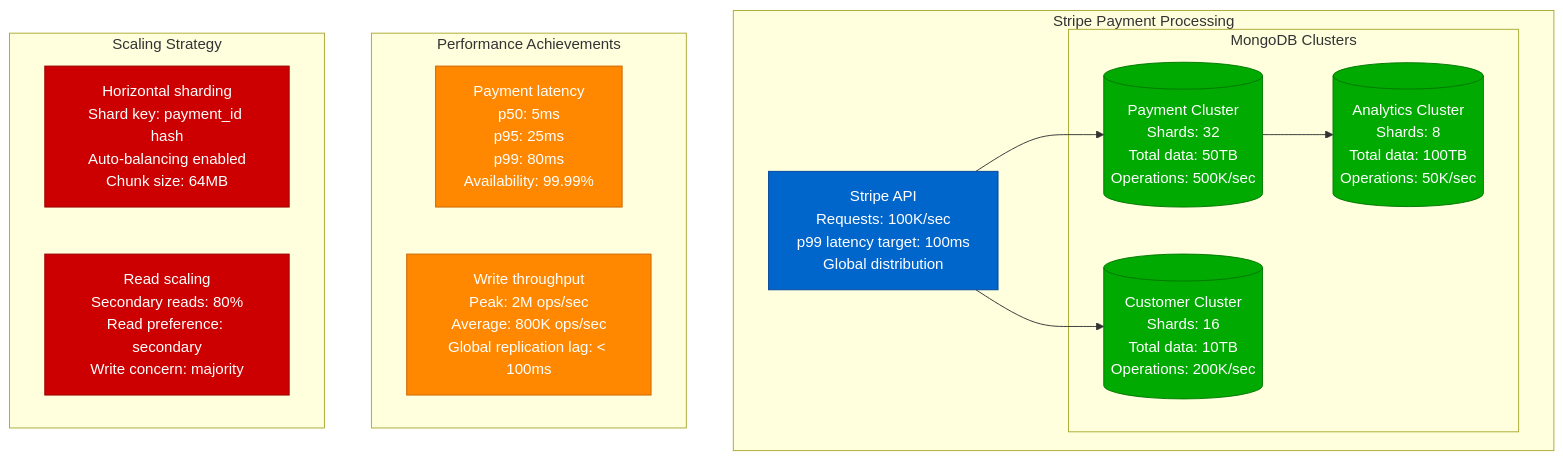
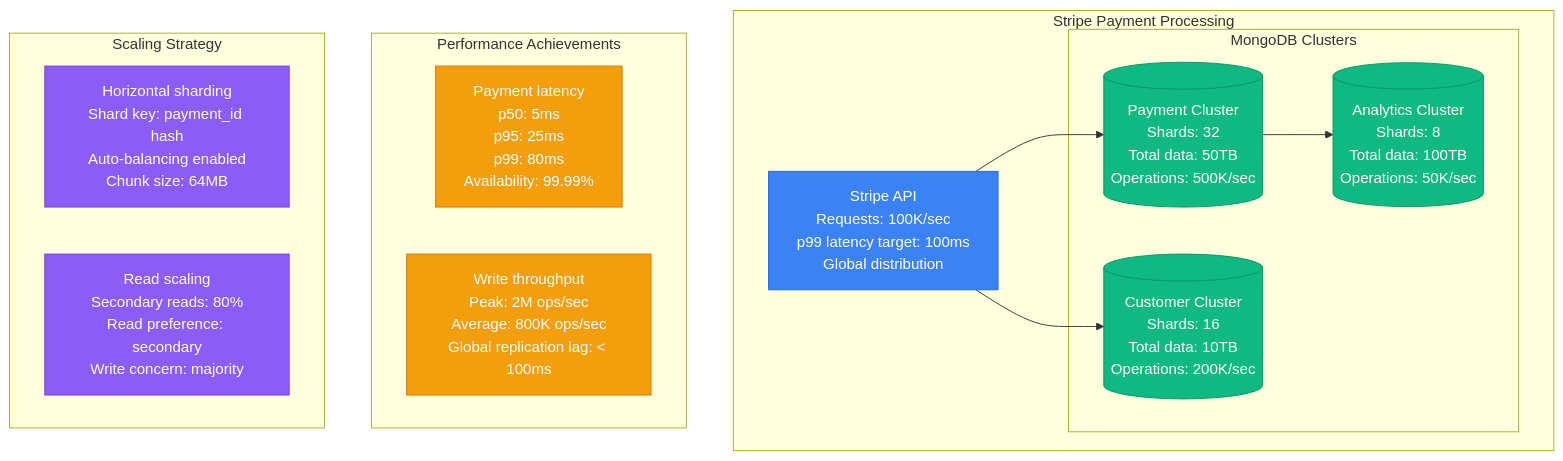
Before and after one commit to deepaucksharma/DS: the tenth of 14 diagrams in site/docs/performance/mongodb-performance-profile.md, drawn with Mermaid. The commit also changed other lines of this file and 303 other files, not shown here.

````diff
--- a/site/docs/performance/mongodb-performance-profile.md
+++ b/site/docs/performance/mongodb-performance-profile.md
@@ -356,40 +356,40 @@
 ```mermaid
 graph TB
     subgraph "Stripe Payment Processing"
         API[Stripe API<br/>Requests: 100K/sec<br/>p99 latency target: 100ms<br/>Global distribution]
 
         subgraph "MongoDB Clusters"
             PAYMENT[(Payment Cluster<br/>Shards: 32<br/>Total data: 50TB<br/>Operations: 500K/sec)]
 
             CUSTOMER[(Customer Cluster<br/>Shards: 16<br/>Total data: 10TB<br/>Operations: 200K/sec)]
 
             ANALYTICS[(Analytics Cluster<br/>Shards: 8<br/>Total data: 100TB<br/>Operations: 50K/sec)]
         end
 
         API --> PAYMENT
         API --> CUSTOMER
         PAYMENT --> ANALYTICS
     end
 
     subgraph "Performance Achievements"
         PERF1[Payment latency<br/>p50: 5ms<br/>p95: 25ms<br/>p99: 80ms<br/>Availability: 99.99%]
 
         PERF2[Write throughput<br/>Peak: 2M ops/sec<br/>Average: 800K ops/sec<br/>Global replication lag: < 100ms]
     end
 
     subgraph "Scaling Strategy"
         SCALE1[Horizontal sharding<br/>Shard key: payment_id hash<br/>Auto-balancing enabled<br/>Chunk size: 64MB]
 
         SCALE2[Read scaling<br/>Secondary reads: 80%<br/>Read preference: secondary<br/>Write concern: majority]
     end
 
-    classDef apiStyle fill:#0066CC,stroke:#004499,color:#fff
-    classDef clusterStyle fill:#00AA00,stroke:#007700,color:#fff
-    classDef perfStyle fill:#FF8800,stroke:#CC6600,color:#fff
-    classDef scaleStyle fill:#CC0000,stroke:#990000,color:#fff
+    classDef apiStyle fill:#3B82F6,stroke:#2563EB,color:#fff
+    classDef clusterStyle fill:#10B981,stroke:#059669,color:#fff
+    classDef perfStyle fill:#F59E0B,stroke:#D97706,color:#fff
+    classDef scaleStyle fill:#8B5CF6,stroke:#7C3AED,color:#fff
 
     class API apiStyle
     class PAYMENT,CUSTOMER,ANALYTICS clusterStyle
     class PERF1,PERF2 perfStyle
     class SCALE1,SCALE2 scaleStyle
 ```
````
